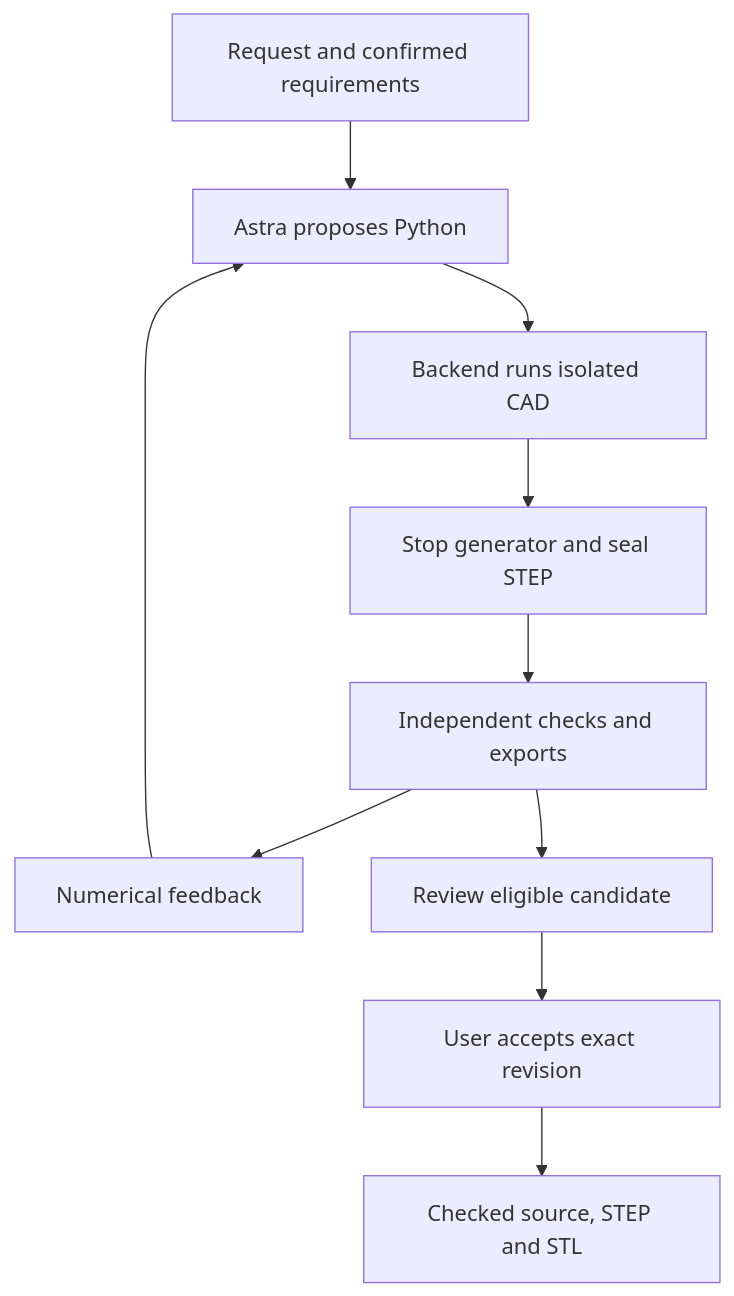
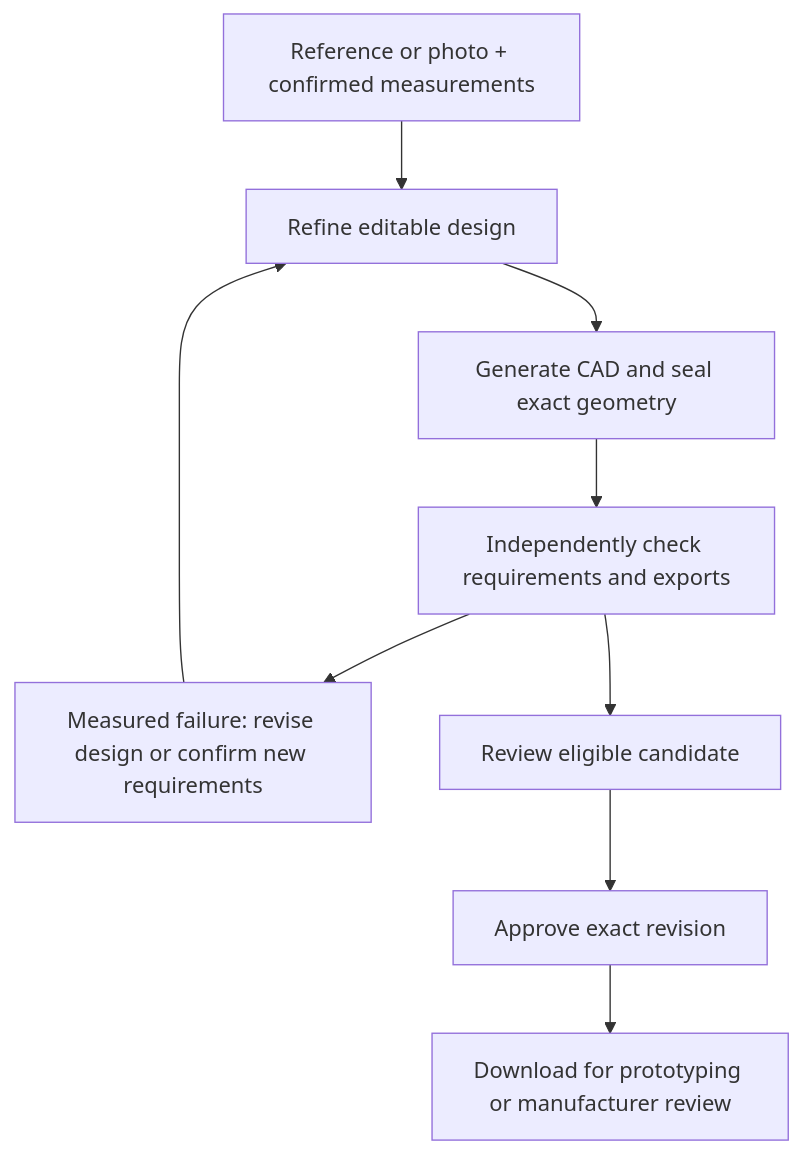
One commit to benikigai/worldkinetic changed the diagram in README.md. Above: the diagram before and after it, drawn with Mermaid. The commit also changed other lines of this file and 1 other file, not shown here.

First line of the commit message:
Implement IDEA-README-002 with verified Astra build

````diff
--- a/README.md
+++ b/README.md
@@ -23,12 +25,11 @@
 ```mermaid
 flowchart TB
-    U["Request and confirmed requirements"] --> A["Astra proposes Python"]
-    A --> G["Backend runs isolated CAD"]
-    G --> S["Stop generator and seal STEP"]
-    S --> V["Independent checks and exports"]
-    V --> F["Numerical feedback"]
-    F --> A
-    V --> R["Review eligible candidate"]
-    R --> H["User accepts exact revision"]
-    H --> P["Checked source, STEP and STL"]
+    R["Reference or photo + confirmed measurements"] --> D["Refine editable design"]
+    D --> C["Generate CAD and seal exact geometry"]
+    C --> V["Independently check requirements and exports"]
+    V --> F["Measured failure: revise design or confirm new requirements"]
+    F --> D
+    V --> U["Review eligible candidate"]
+    U --> A["Approve exact revision"]
+    A --> E["Download for prototyping or manufacturer review"]
 ```
````
